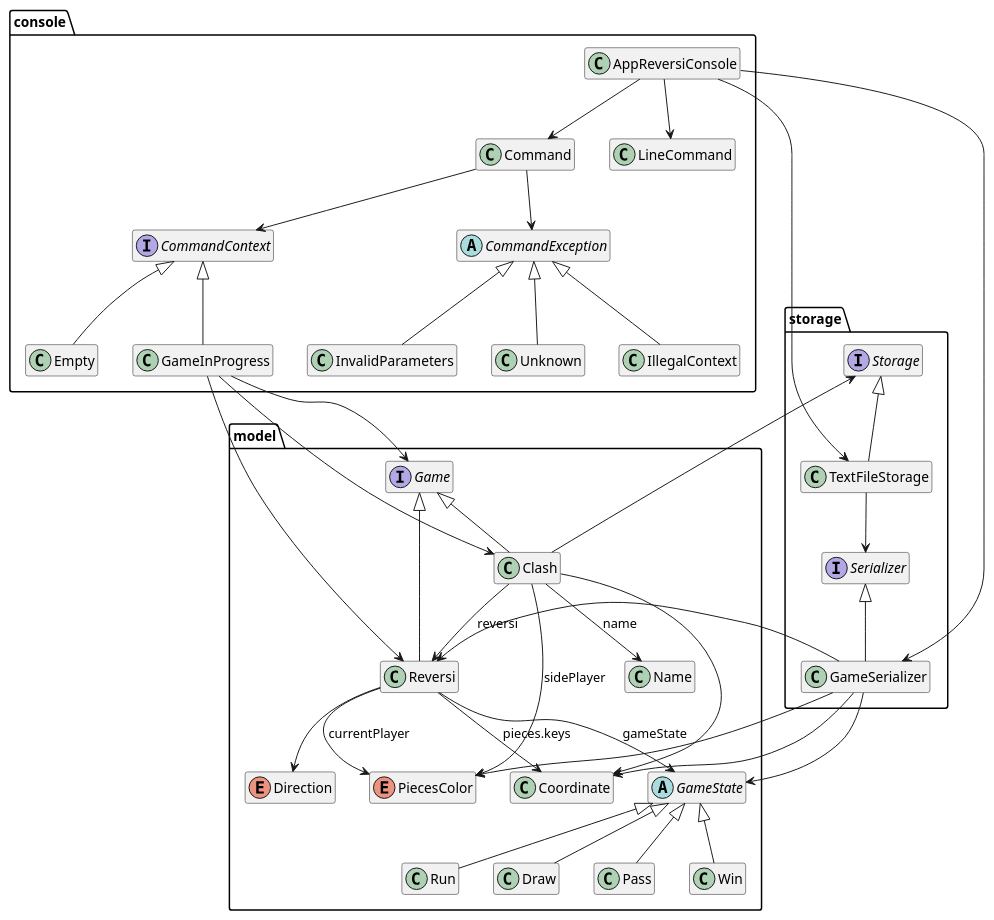
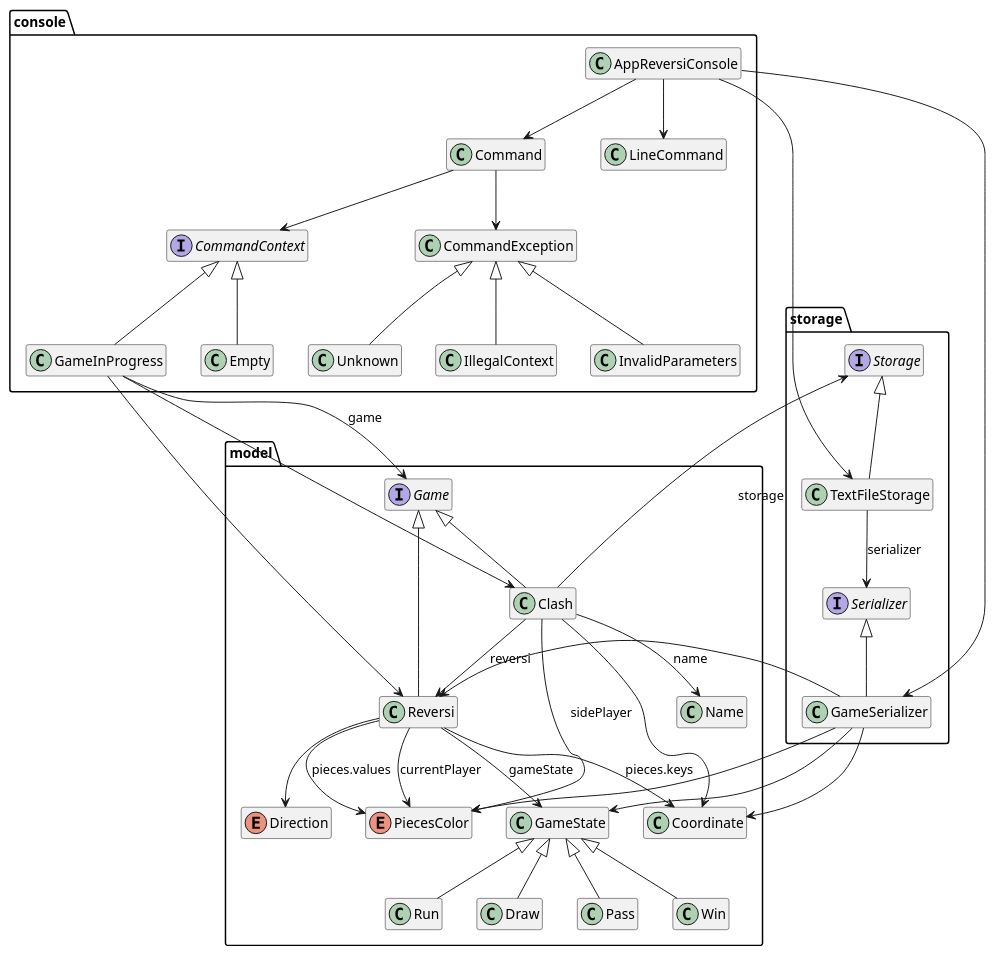
The diagram in docs/ModelTypes.puml (gbf96/Reversi_Game), drawn with PlantUML before and after one commit. The commit also changed 1 other file, not shown here.

Commit message:
Update diagrams.

```diff
--- a/docs/ModelTypes.puml
+++ b/docs/ModelTypes.puml
@@ -1,88 +1,89 @@
 @startuml
 ' https://plantuml.com/class-diagram
 hide empty members
 package model {
   interface Game
   class Reversi
   class Clash
   class Coordinate
   enum Direction
   enum PiecesColor
   class Name
-  abstract class GameState
+  class GameState
   class Run
   class Draw
   class Pass
   class Win
 
   Game <|-- Reversi
   Game <|-- Clash
 
   GameState <|-- Run
   GameState <|-- Draw
   GameState <|-- Pass
   GameState <|-- Win
 
 
   Reversi --> PiecesColor : currentPlayer
+  Reversi --> PiecesColor : pieces.values
   Reversi --> GameState   : gameState
   Reversi --> Coordinate  : pieces.keys
   Reversi --> Direction
 
   Clash --> Reversi     : reversi
   Clash --> Name        : name
   Clash --> PiecesColor : sidePlayer
   Clash --> Coordinate
 }
 
 package storage {
   interface Storage
   interface Serializer
   class TextFileStorage
   class GameSerializer
 
-  TextFileStorage --> Serializer
+  TextFileStorage --> Serializer : serializer
   GameSerializer --> model.Reversi
   GameSerializer --> model.Coordinate
   GameSerializer --> model.PiecesColor
   GameSerializer --> model.GameState
   Storage <|-- TextFileStorage
   Serializer <|-- GameSerializer
 }
 
 package console {
   class Command
   interface CommandContext
   class Empty
   class GameInProgress
-  abstract class CommandException
+  class CommandException
   class InvalidParameters
   class Unknown
   class IllegalContext
   class AppReversiConsole
   class LineCommand
 
   CommandContext <|-- Empty
   CommandContext <|-- GameInProgress
 
   CommandException <|-- InvalidParameters
   CommandException <|-- Unknown
   CommandException <|-- IllegalContext
 }
 
 AppReversiConsole --> Command
 AppReversiConsole --> LineCommand
 AppReversiConsole --> TextFileStorage
 AppReversiConsole --> GameSerializer
 
 Command --> CommandContext
 Command --> CommandException
 
-GameInProgress --> Game
+GameInProgress --> Game : game
 GameInProgress --> Clash
 GameInProgress --> Reversi
 
-Clash --> Storage
+Clash --> Storage : storage
 
 
 @enduml
```
